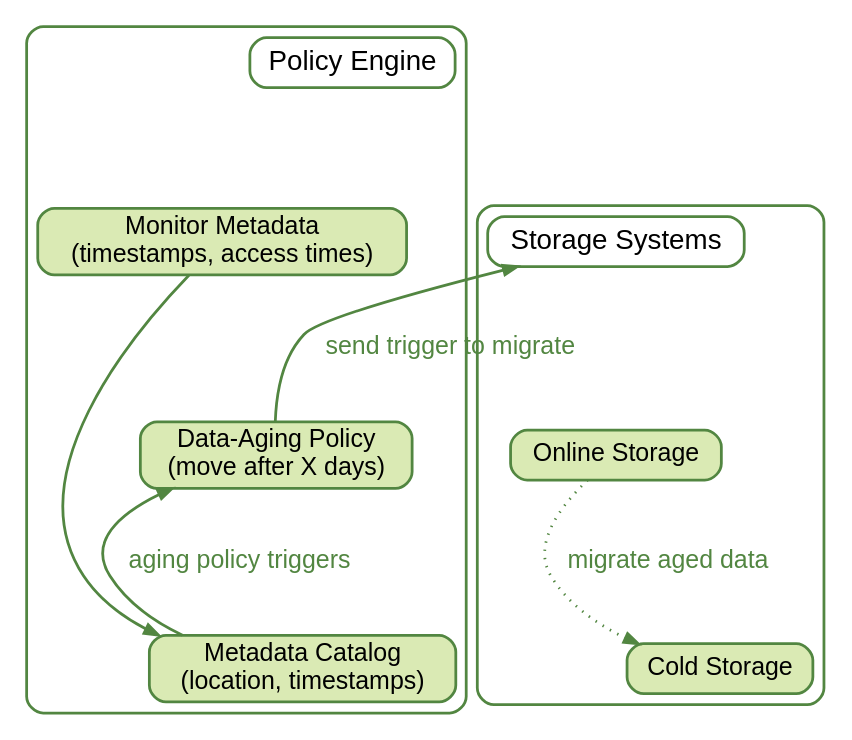
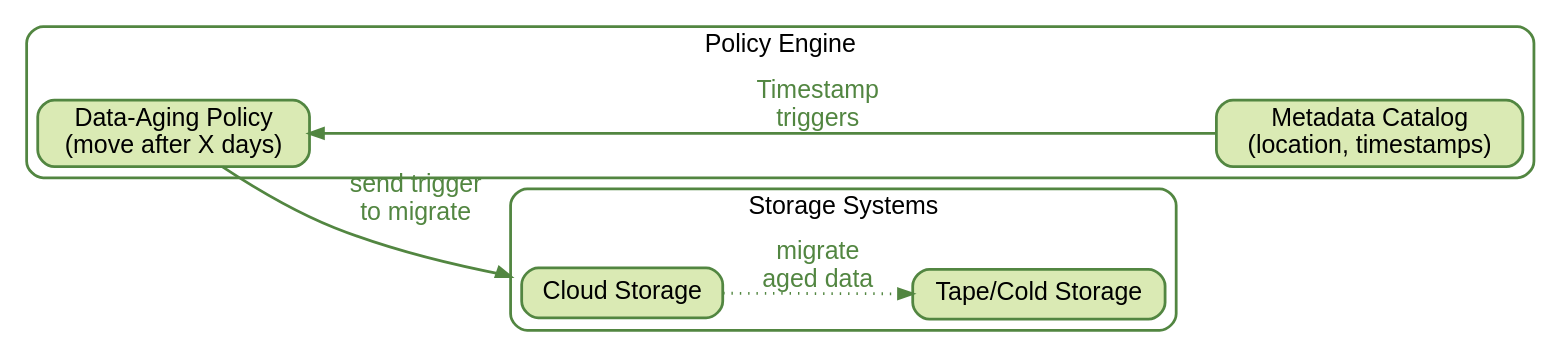
Before and after one commit to chStaiger/rdm-tech-foundations: the third of 6 diagrams in book/policy-engines.qmd, drawn with Graphviz. The commit also changed other lines of this file and 3 other files, not shown here.

````diff
--- a/book/policy-engines.qmd
+++ b/book/policy-engines.qmd
@@ -374,12 +298,11 @@
 digraph data_aging_flow {
 
     graph [
-        rankdir=TB,
+        rankdir=LR,
         bgcolor="white",
         fontname="Helvetica",
         fontsize=18,
-        nodesep=0.8,
-        ranksep=1.2
+        compound=True
     ];
 
     node [
@@ -400,76 +323,42 @@
         penwidth=2
     ];
 
-    // ----------------------------------------------------
-    // Policy Engine cluster (vertical stacking)
-    // ----------------------------------------------------
-    subgraph cluster_policy_engine {
-        label="";
+    subgraph cluster_storage {
+        label="Storage Systems";
         color="#528641";
         penwidth=2;
         style="rounded";
 
-        PEHeader [
-            label="Policy Engine",
-            shape=box,
-            style="rounded",
-            color="#528641",
-            fillcolor="white",
-            penwidth=2,
-            fontsize=20
+        Spacer [
+        shape=point,
+        width=0,
+        height=0,
+        label="",
+        style=invis
         ];
 
-        Monitor   [label="Monitor Metadata\n(timestamps, access times)"];
+        Hot  [label="Cloud Storage"];
+        Cold [label="Tape/Cold Storage"];
+    }
+
+    subgraph cluster_policy_engine {
+        label="Policy Engine";
+        color="#528641";
+        penwidth=2;
+        style="rounded";
+
         AgePolicy [label="Data-Aging Policy\n(move after X days)"];
         Catalog   [label="Metadata Catalog\n(location, timestamps)"];
 
         // Invisible vertical chain
-        PEHeader  -> Monitor   [style=invis, weight=50];
-        Monitor   -> AgePolicy [style=invis, weight=50];
-        AgePolicy -> Catalog   [style=invis, weight=50];
+        AgePolicy   -> Catalog [style=invis, weight=50];
+
     }
+    
+    
+    Catalog   -> AgePolicy [label="Timestamp\ntriggers", minlen=3];
+    AgePolicy -> Hot [label="send trigger \n to migrate", lhead="cluster_storage"];
+    Hot -> Cold [style=dotted, label="migrate \n aged data"];
 
-    // ----------------------------------------------------
-    // Storage Systems cluster (vertical stacking)
-    // ----------------------------------------------------
-    subgraph cluster_storage {
-        label="";
-        color="#528641";
-        penwidth=2;
-        style="rounded";
-
-        StorageHeader [
-            label="Storage Systems",
-            shape=box,
-            style="rounded",
-            color="#528641",
-            fillcolor="white",
-            penwidth=2,
-            fontsize=20
-        ];
-
-        Hot  [label="Online Storage"];
-        Cold [label="Cold Storage"];
-
-        // Invisible vertical chain
-        StorageHeader -> Hot  [style=invis, weight=50];
-        Hot           -> Cold [style=invis, weight=50];
-    }
-
-    // ----------------------------------------------------
-    // Align clusters vertically (TB mode)
-    // ----------------------------------------------------
-    PEHeader -> StorageHeader [style=invis, weight=200];
-
-    // ----------------------------------------------------
-    // Visible edges (actual flow)
-    // ----------------------------------------------------
-    Monitor   -> Catalog;
-    Catalog   -> AgePolicy [label="aging policy triggers"];
-    AgePolicy -> StorageHeader [label="send trigger to migrate"];
-
-    // Migration cue (dotted)
-    Hot -> Cold [style=dotted, label="migrate aged data"];
 }
-
 ```
````
